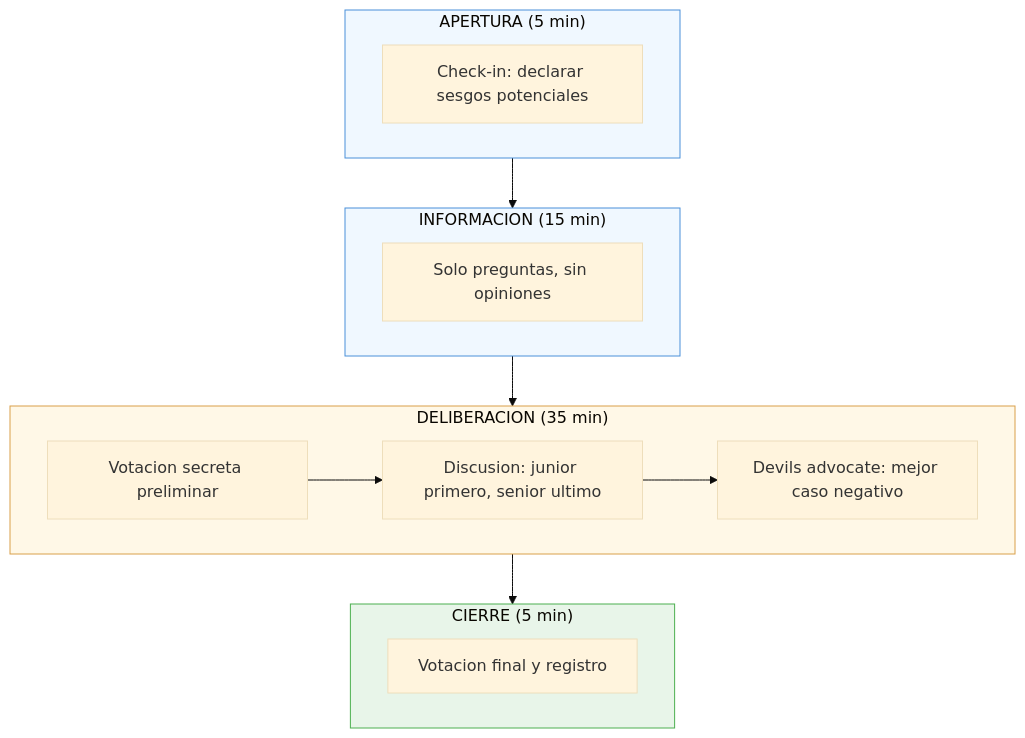
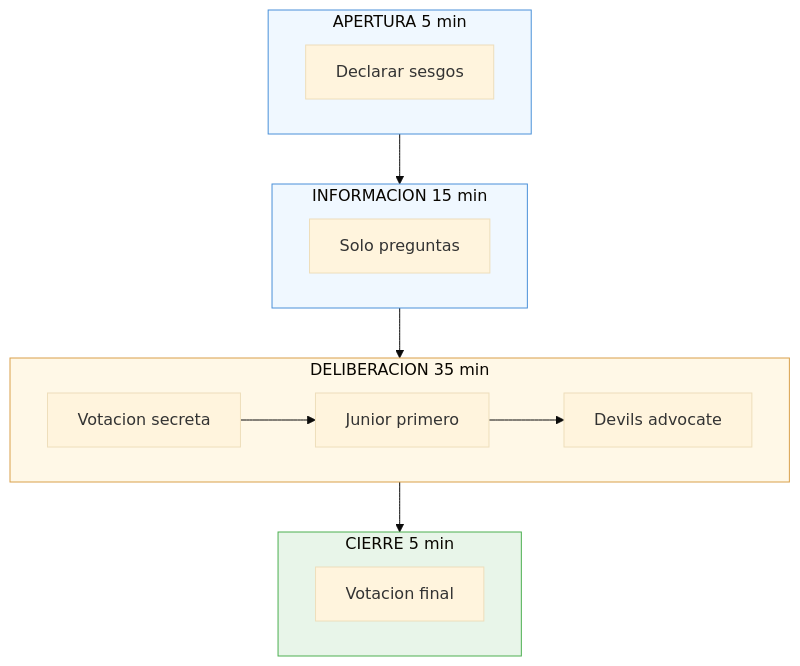
One commit to gonzalezulises/mas-control-mas-caos changed the diagram in assets/diagrams/B10-sesion-gate.mermaid. Above: the diagram before and after it, drawn with Mermaid (base theme). The commit also changed 4 other files, not shown here.

First line of the commit message:
Shorten diagram titles to prevent cutoff

```diff
--- a/assets/diagrams/B10-sesion-gate.mermaid
+++ b/assets/diagrams/B10-sesion-gate.mermaid
@@ -1,27 +1,27 @@
 %%{init: {'flowchart': {'curve': 'basis'}}}%%
 flowchart TB
-    subgraph A["APERTURA (5 min)"]
-        A1[Check-in: declarar sesgos potenciales]
+    subgraph A["APERTURA 5 min"]
+        A1[Declarar sesgos]
     end
 
-    subgraph B["INFORMACION (15 min)"]
-        B1[Solo preguntas, sin opiniones]
+    subgraph B["INFORMACION 15 min"]
+        B1[Solo preguntas]
     end
 
-    subgraph C["DELIBERACION (35 min)"]
-        C1[Votacion secreta preliminar]
-        C2[Discusion: junior primero, senior ultimo]
-        C3[Devils advocate: mejor caso negativo]
+    subgraph C["DELIBERACION 35 min"]
+        C1[Votacion secreta]
+        C2[Junior primero]
+        C3[Devils advocate]
         C1 --> C2 --> C3
     end
 
-    subgraph D["CIERRE (5 min)"]
-        D1[Votacion final y registro]
+    subgraph D["CIERRE 5 min"]
+        D1[Votacion final]
     end
 
     A --> B --> C --> D
 
     style A fill:#f0f8ff,stroke:#4a90d9
     style B fill:#f0f8ff,stroke:#4a90d9
     style C fill:#fff8e7,stroke:#d9a04a
     style D fill:#e8f5e9,stroke:#4caf50
```
